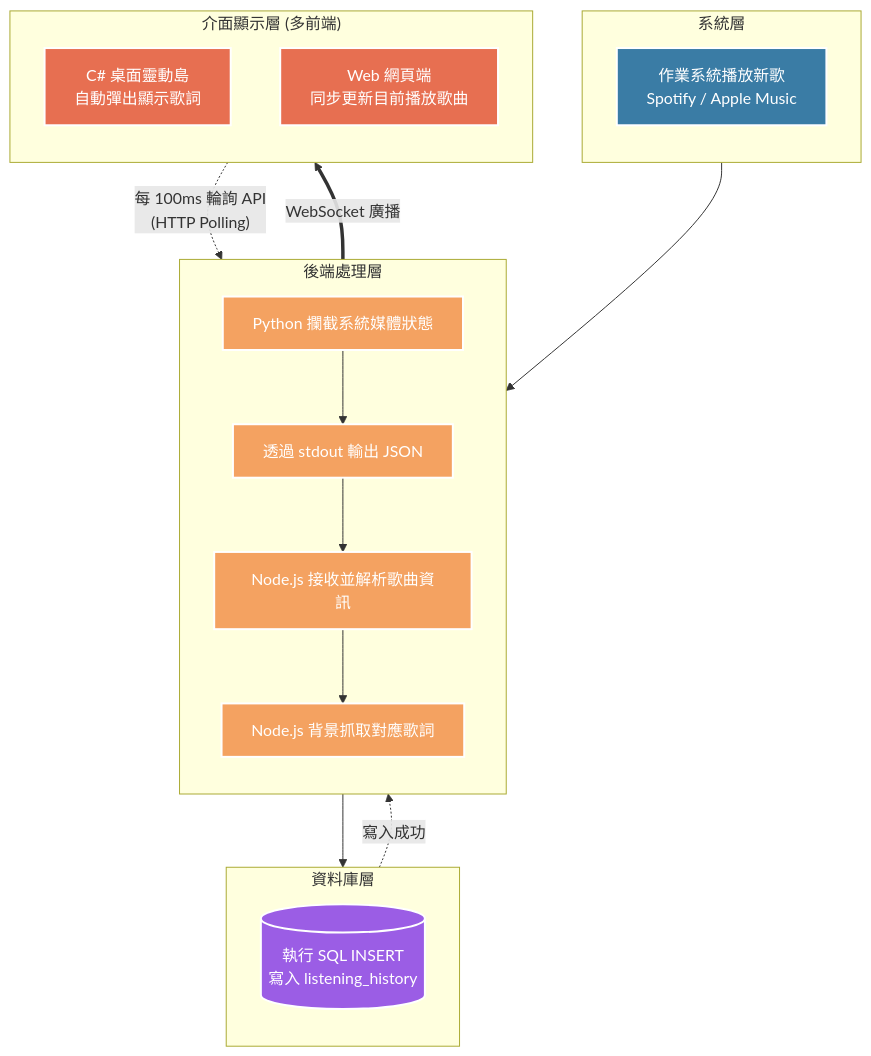
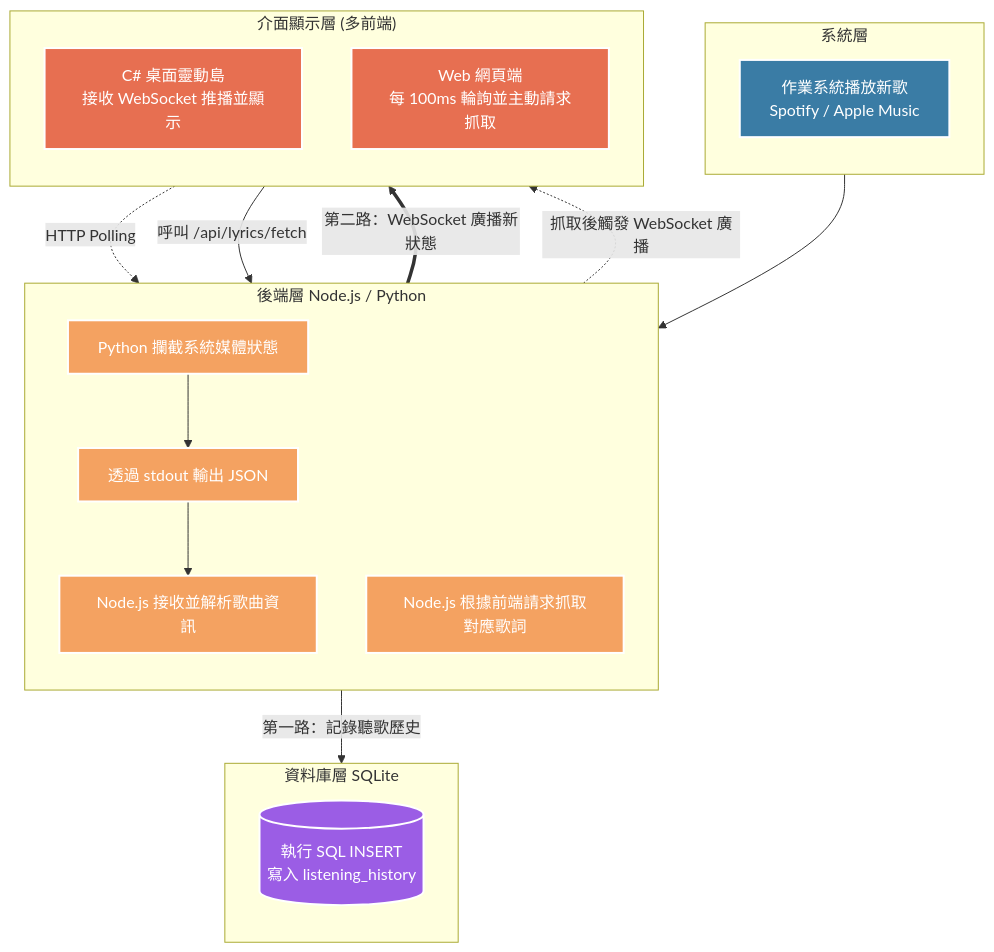
Before and after one commit to bensionfang/Kanaric: the second of 5 diagrams in README.md, drawn with Mermaid. The commit also changed other lines of this file, not shown here.

Commit message:
docs: 修正架構圖與流程圖的不精確描述

````diff
--- a/README.md
+++ b/README.md
@@ -61,40 +61,40 @@
 ```mermaid
 flowchart TD
     classDef frontend fill:#3a7ca5,stroke:#fff,stroke-width:2px,color:#fff
     classDef backend fill:#f4a261,stroke:#fff,stroke-width:2px,color:#fff
     classDef database fill:#9b5de5,stroke:#fff,stroke-width:2px,color:#fff
     classDef display fill:#e76f51,stroke:#fff,stroke-width:2px,color:#fff
 
     subgraph OS ["系統層"]
         direction TB
         Start["作業系統播放新歌<br>Spotify / Apple Music"]:::frontend
     end
 
-    subgraph Backend ["後端處理層"]
+    subgraph Backend ["後端層 Node.js / Python"]
         direction TB
         Py["Python 攔截系統媒體狀態"]:::backend
         PyJSON["透過 stdout 輸出 JSON"]:::backend
         Node["Node.js 接收並解析歌曲資訊"]:::backend
-        Fetch["Node.js 背景抓取對應歌詞"]:::backend
+        Fetch["Node.js 根據前端請求抓取對應歌詞"]:::backend
     end
 
-    subgraph DB ["資料庫層"]
+    subgraph DB ["資料庫層 SQLite"]
         direction TB
         InsertSQL[("執行 SQL INSERT<br>寫入 listening_history")]:::database
     end
 
     subgraph UI ["介面顯示層 (多前端)"]
         direction TB
-        Island["C# 桌面靈動島<br>自動彈出顯示歌詞"]:::display
-        WebApp["Web 網頁端<br>同步更新目前播放歌曲"]:::display
+        Island["C# 桌面靈動島<br>接收 WebSocket 推播並顯示"]:::display
+        WebApp["Web 網頁端<br>每 100ms 輪詢並主動請求抓取"]:::display
     end
 
     Start --> Py
     Py --> PyJSON
     PyJSON --> Node
-    Node --> Fetch
-    Fetch --> InsertSQL
-    InsertSQL -. "寫入成功" .-> Node
-    Node == "WebSocket 廣播" ==> Island
-    WebApp -. "每 100ms 輪詢 API<br>(HTTP Polling)" .-> Node
+    Node -- "第一路：記錄聽歌歷史" --> InsertSQL
+    Node == "第二路：WebSocket 廣播新狀態" ==> Island
+    WebApp -. "HTTP Polling" .-> Node
+    WebApp -- "呼叫 /api/lyrics/fetch" --> Fetch
+    Fetch -. "抓取後觸發 WebSocket 廣播" .-> Island
 ```
````
